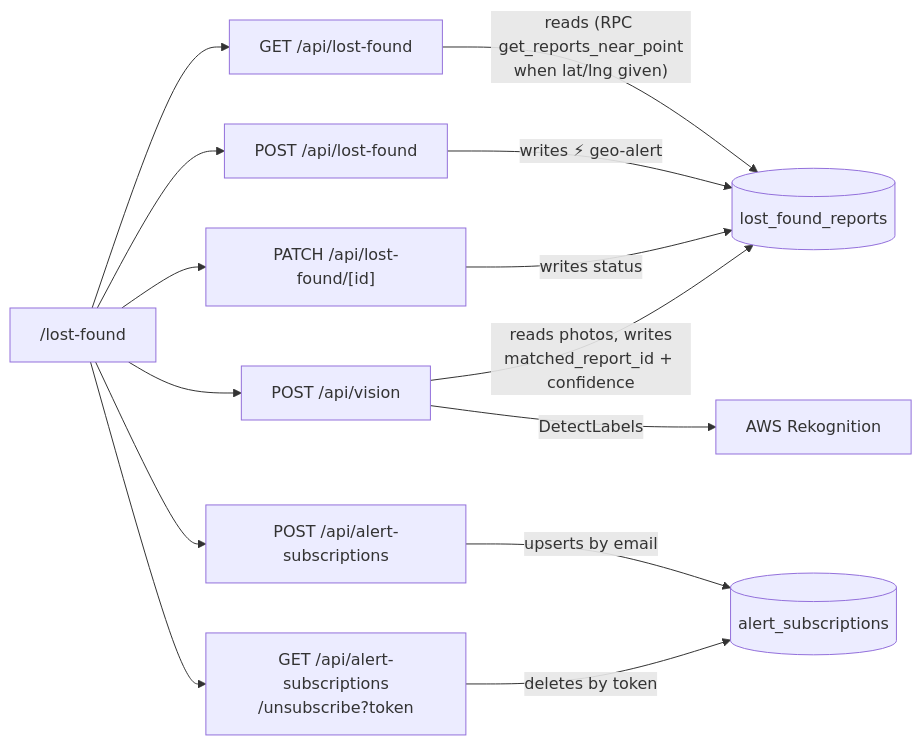
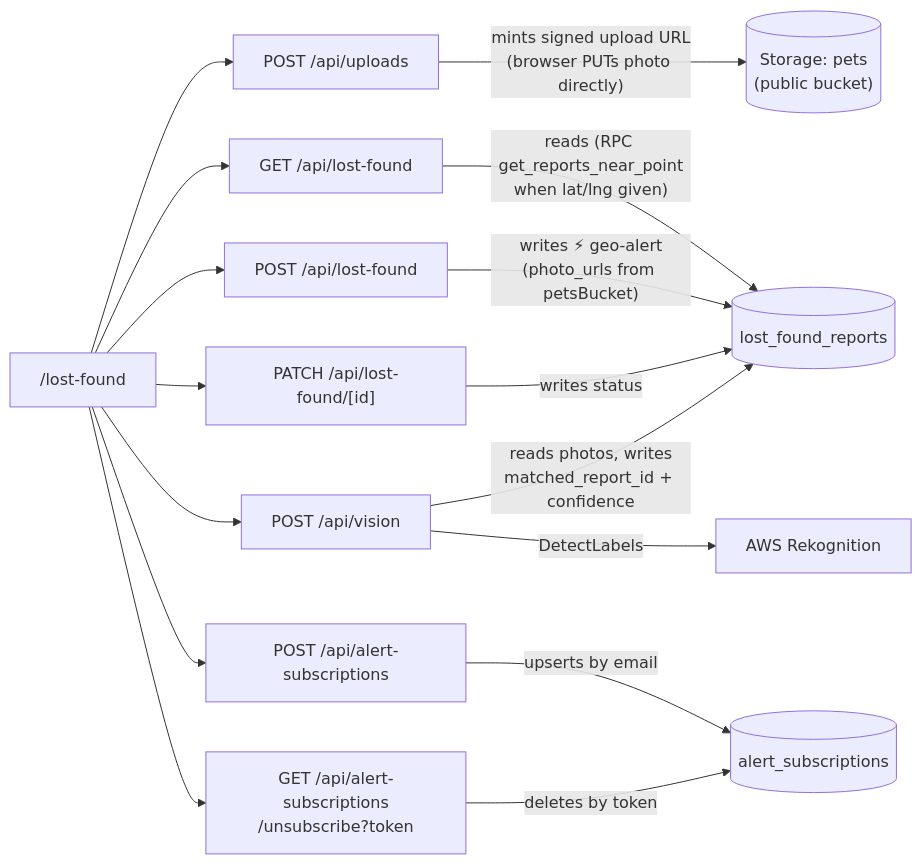
Before and after one commit to gamp92/pawlink: the fourth of 7 diagrams in docs/architecture.md, drawn with Mermaid. The commit also changed other lines of this file, not shown here.

Commit message:
docs(architecture): add /api/uploads to the F3 diagram and reference table

````diff
--- a/docs/architecture.md
+++ b/docs/architecture.md
@@ -140,23 +144,26 @@
 ```mermaid
 flowchart LR
     F3["/lost-found"]
 
     lfList["GET /api/lost-found"]
     lfCreate["POST /api/lost-found"]
     lfUpdate["PATCH /api/lost-found/[id]"]
+    uploads["POST /api/uploads"]
     vision["POST /api/vision"]
     subCreate["POST /api/alert-subscriptions"]
     subDelete["GET /api/alert-subscriptions<br/>/unsubscribe?token"]
 
     tReports[("lost_found_reports")]
     tSubs[("alert_subscriptions")]
+    petsBucket[("Storage: pets<br/>(public bucket)")]
     rekognition["AWS Rekognition"]
 
+    F3 --> uploads -->|"mints signed upload URL<br/>(browser PUTs photo directly)"| petsBucket
     F3 --> lfList -->|"reads (RPC get_reports_near_point<br/>when lat/lng given)"| tReports
-    F3 --> lfCreate -->|writes ⚡ geo-alert| tReports
+    F3 --> lfCreate -->|"writes ⚡ geo-alert<br/>(photo_urls from petsBucket)"| tReports
     F3 --> lfUpdate -->|writes status| tReports
     F3 --> vision -->|"reads photos, writes<br/>matched_report_id + confidence"| tReports
     vision -->|DetectLabels| rekognition
     F3 --> subCreate -->|upserts by email| tSubs
     F3 --> subDelete -->|deletes by token| tSubs
 ```
````
